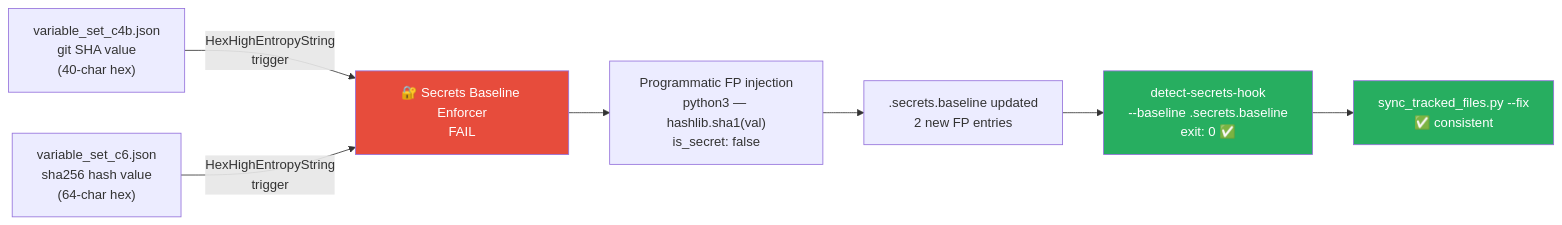
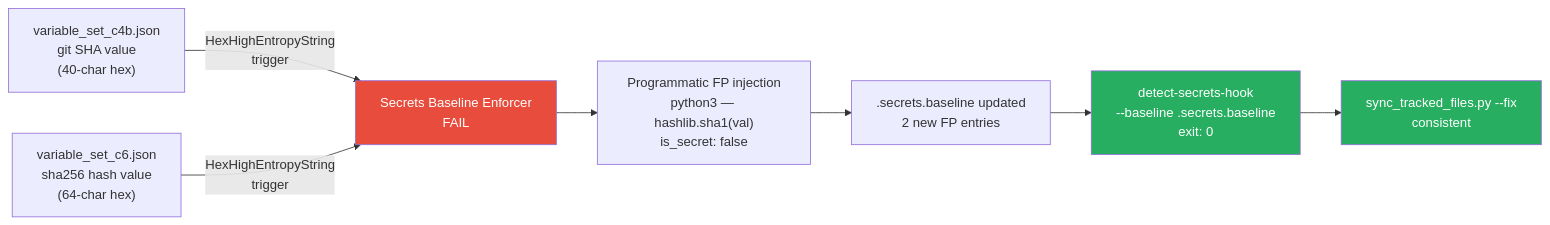
One commit to Aries-Serpent/_codex_ changed diagram 22 of 26 in docs/sessions/PR4346_session_diagram.md. Above: the diagram before and after it, drawn with Mermaid. The commit also changed other lines of this file and 2029 other files, not shown here.

````diff
--- a/docs/sessions/PR4346_session_diagram.md
+++ b/docs/sessions/PR4346_session_diagram.md
@@ -580,14 +582,14 @@
 ```mermaid
-%%{init: {'accessibility': {'title': 'Flowchart showing "variable_set_c4b.json\ngit SHA value\n(40-char hex)", "🔐 Secrets Baseline Enforcer\nFAIL"'}}%%
+%%{init: {'accessibility': {'title': 'Flowchart showing "variable_set_c4b.json\ngit SHA value\n(40-char hex)", " Secrets Baseline Enforcer\nFAIL"'}}%%
 flowchart LR
-    A["variable_set_c4b.json\ngit SHA value\n(40-char hex)"] -->|"HexHighEntropyString\ntrigger"| B["🔐 Secrets Baseline Enforcer\nFAIL"]
+    A["variable_set_c4b.json\ngit SHA value\n(40-char hex)"] -->|"HexHighEntropyString\ntrigger"| B[" Secrets Baseline Enforcer\nFAIL"]
     C["variable_set_c6.json\nsha256 hash value\n(64-char hex)"] -->|"HexHighEntropyString\ntrigger"| B
     B --> D["Programmatic FP injection\npython3 — hashlib.sha1(val)\nis_secret: false"]
     D --> E[".secrets.baseline updated\n2 new FP entries"]
-    E --> F["detect-secrets-hook\n--baseline .secrets.baseline\nexit: 0 ✅"]
-    F --> G["sync_tracked_files.py --fix\n✅ consistent"]
+    E --> F["detect-secrets-hook\n--baseline .secrets.baseline\nexit: 0 "]
+    F --> G["sync_tracked_files.py --fix\n consistent"]
 
     style B fill:#e74c3c,color:#fff
     style F fill:#27ae60,color:#fff
     style G fill:#27ae60,color:#fff
 ```
````
